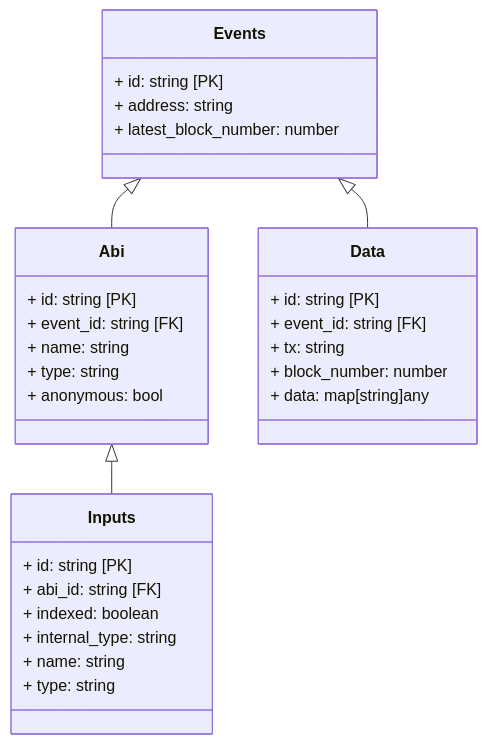
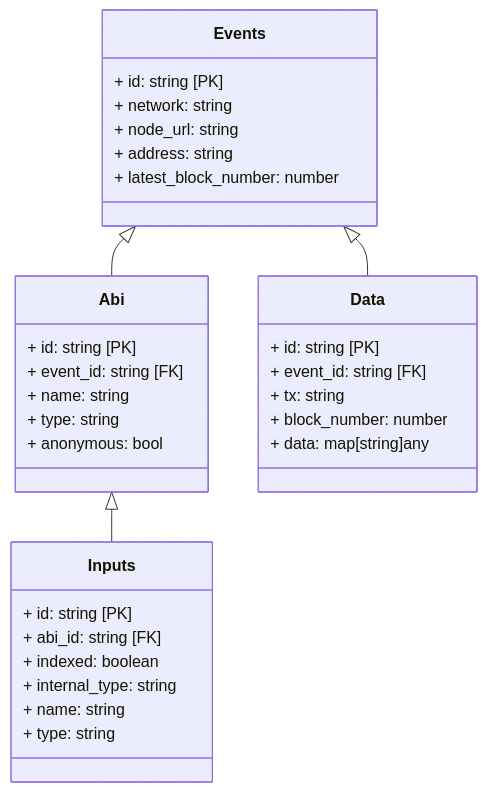
Before and after one commit to darchlabs/synchronizer-v2: the diagram in asset/diagram/data.mermaid, drawn with Mermaid. The commit also changed 2 other files, not shown here.

Commit message:
refactor(mermair): update diagrams

```diff
--- a/asset/diagram/data.mermaid
+++ b/asset/diagram/data.mermaid
@@ -1,35 +1,37 @@
 classDiagram
     Events <|-- Abi
     Abi <|-- Inputs
     Events <|-- Data
     
     class Events {
         + id: string [PK]
+        + network: string
+        + node_url: string
         + address: string
         + latest_block_number: number
     }
     
     class Abi {
         + id: string [PK]
         + event_id: string [FK]
         + name: string
         + type: string
         + anonymous: bool
     }
     
     class Inputs {
         + id: string [PK]
         + abi_id: string [FK]
         + indexed: boolean
         + internal_type: string
         + name: string
         + type: string
     }
 
     class Data {
         + id: string [PK]
         + event_id: string [FK]
         + tx: string
         + block_number: number
         + data: map[string]any
     }
```
